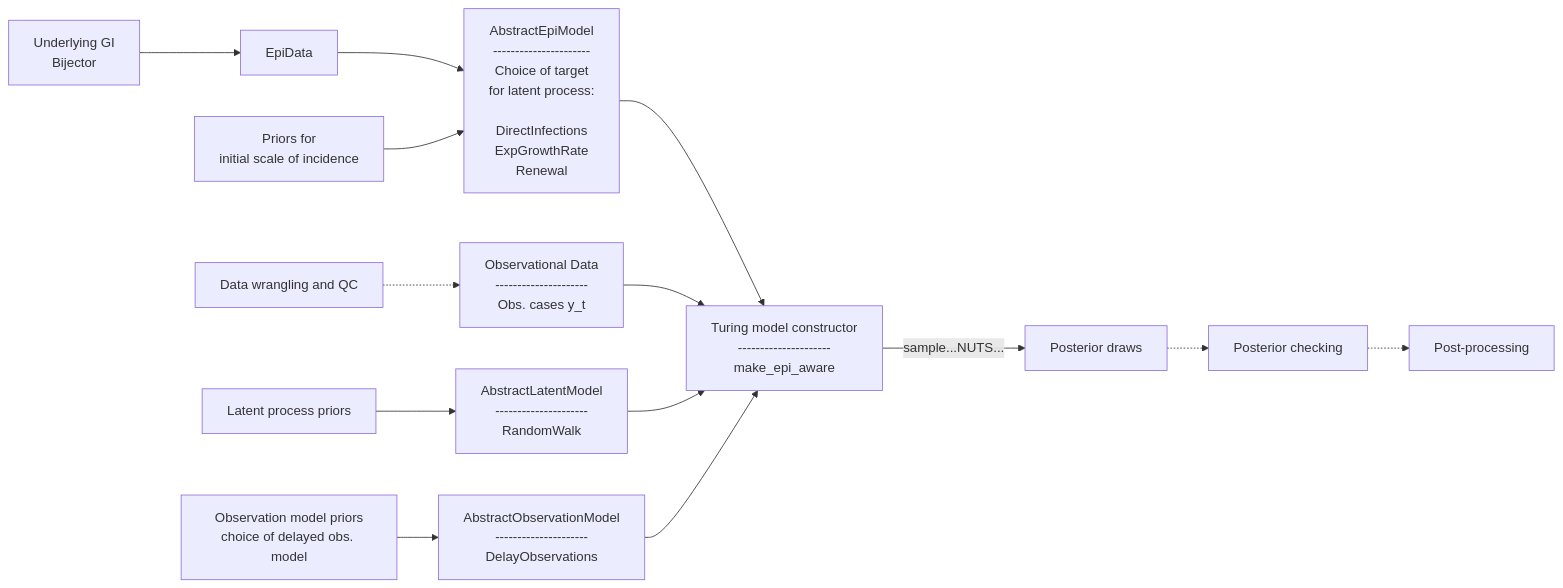
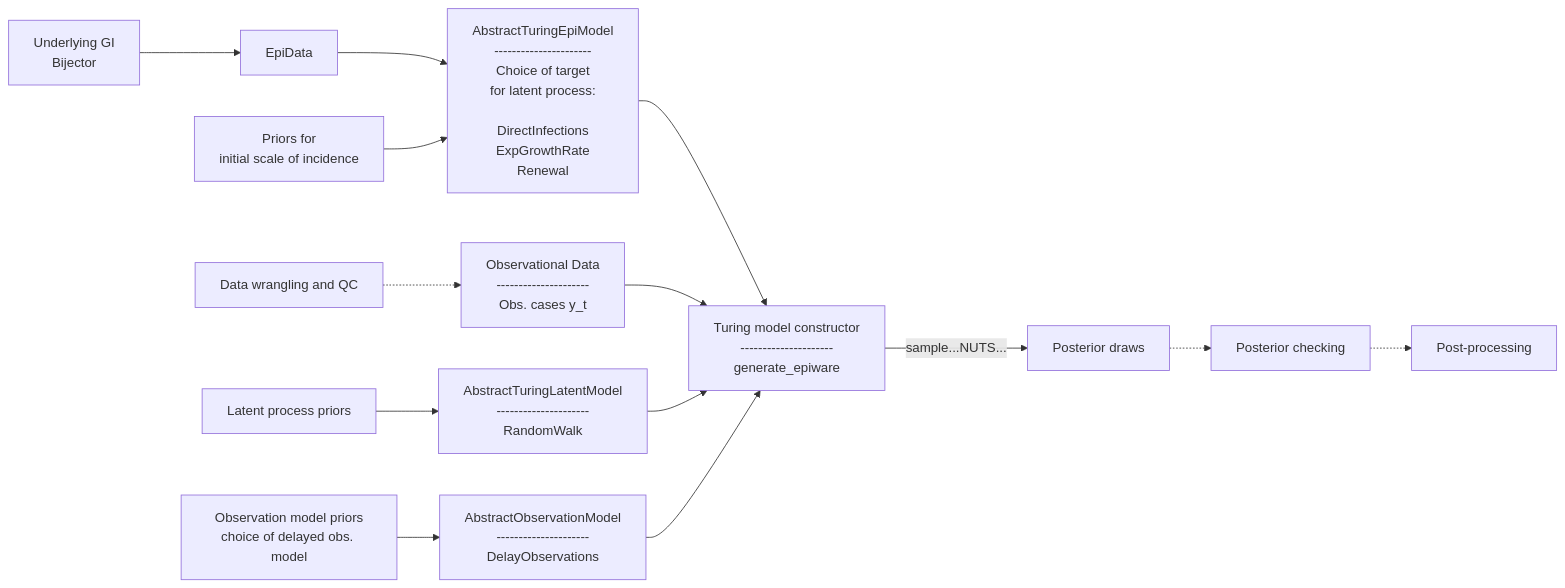
One commit to CDCgov/Rt-without-renewal changed the diagram in EpiAware/README.md. Above: the diagram before and after it, drawn with Mermaid. The commit also changed 25 other files, not shown here.

Commit message:
add a Turing abstract type layer to enable non-Turing optionality

````diff
--- a/EpiAware/README.md
+++ b/EpiAware/README.md
@@ -16,64 +16,64 @@
 ```mermaid
 flowchart LR
 
 A["Underlying GI
 Bijector"]
 
-EpiModel["AbstractEpiModel
+EpiModel["AbstractTuringEpiModel
 ----------------------
 Choice of target
 for latent process:
 
 DirectInfections
     ExpGrowthRate
     Renewal"]
 
 InitModel["Priors for
 initial scale of incidence"]
 
 DataW[Data wrangling and QC]
 
 
 ObsData["Observational Data
 ---------------------
 Obs. cases y_t"]
 
 LatentProcPriors["Latent process priors"]
 
-LatentProc["AbstractLatentModel
+LatentProc["AbstractTuringLatentModel
 ---------------------
 RandomWalk"]
 
 ObsModelPriors["Observation model priors
 choice of delayed obs. model"]
 
 ObsModel["AbstractObservationModel
 ---------------------
 DelayObservations"]
 
 E["Turing model constructor
 ---------------------
-make_epi_aware"]
+generate_epiware"]
 
 G[Posterior draws]
 H[Posterior checking]
 I[Post-processing]
 
 
 
 A --> EpiData
 EpiData --> EpiModel
 InitModel --> EpiModel
 EpiModel -->E
 ObsData-->E
 DataW-.->ObsData
 LatentProcPriors-->LatentProc
 LatentProc-->E
 ObsModelPriors-->ObsModel
 ObsModel-->E
 
 
 E-->|sample...NUTS...| G
 G-.->H
 H-.->I
 ```
````
